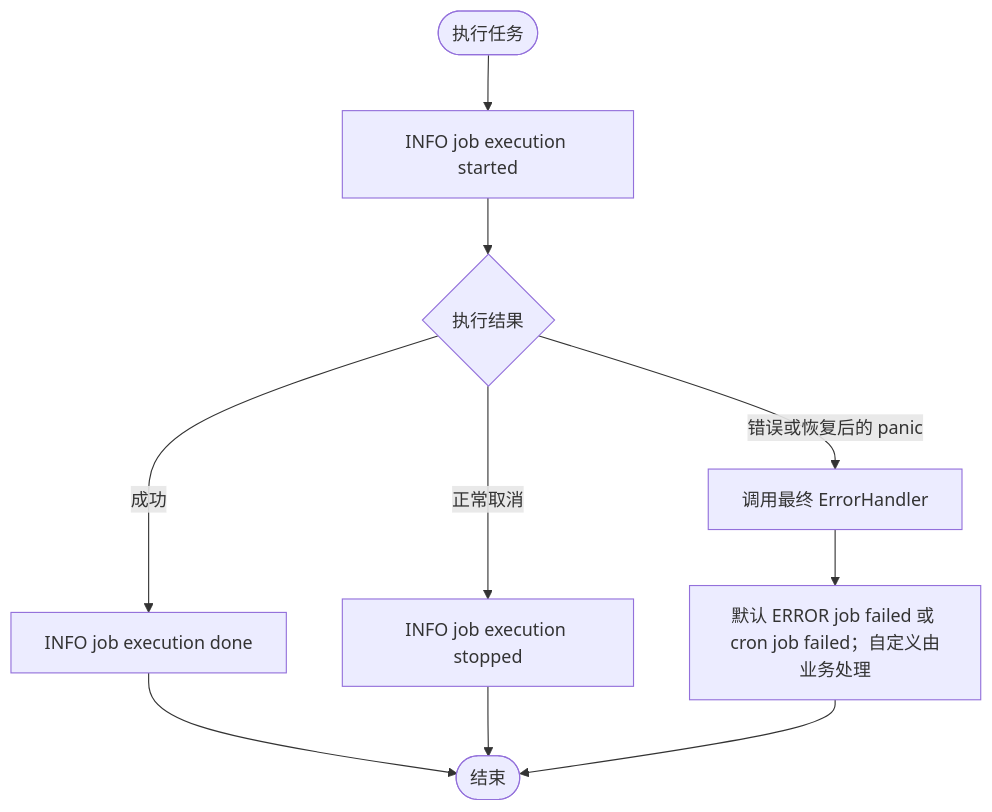
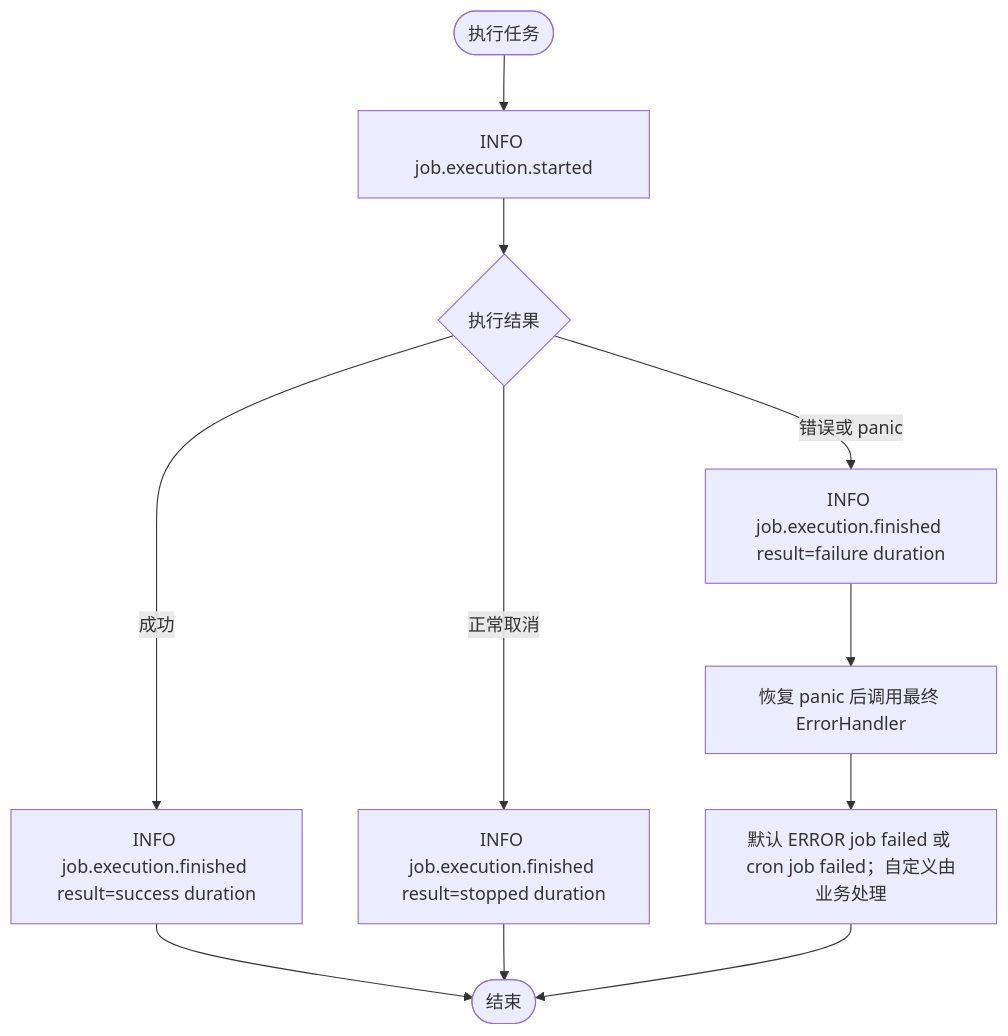
The fifth of 6 diagrams in pkg/job/README.md (jaggerzhuang1994/kratos-foundation), drawn with Mermaid before and after one commit. The commit also changed other lines of this file and 122 other files, not shown here.

````diff
--- a/pkg/job/README.md
+++ b/pkg/job/README.md
@@ -177,12 +186,13 @@
 ```mermaid
 flowchart TD
- A([执行任务]) --> B[INFO job execution started]
+ A([执行任务]) --> B[INFO job.execution.started]
  B --> C{执行结果}
- C -- 成功 --> D[INFO job execution done]
- C -- 正常取消 --> E[INFO job execution stopped]
- C -- 错误或恢复后的 panic --> F[调用最终 ErrorHandler]
+ C -- 成功 --> D[INFO job.execution.finished result=success duration]
+ C -- 正常取消 --> E[INFO job.execution.finished result=stopped duration]
+ C -- 错误或 panic --> I[INFO job.execution.finished result=failure duration]
+ I --> F[恢复 panic 后调用最终 ErrorHandler]
  F --> G[默认 ERROR job failed 或 cron job failed；自定义由业务处理]
  D --> H([结束])
  E --> H
  G --> H
 ```
````
